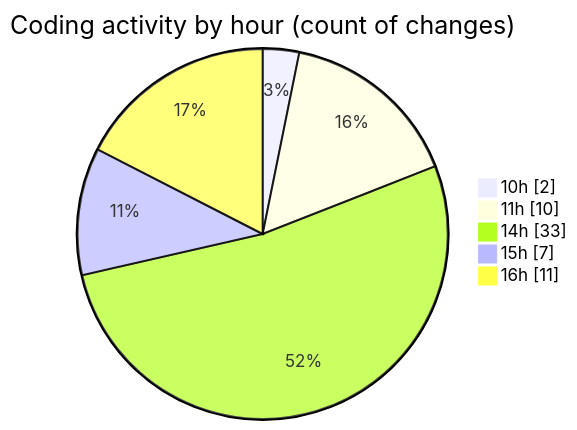
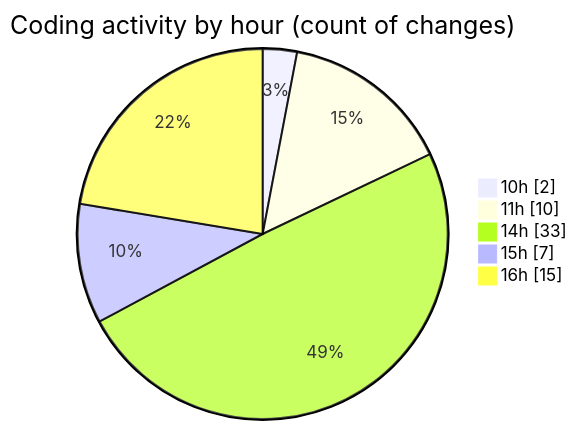
Before and after one commit to idhammustaqopulfikri/code-tracking: the second of 2 diagrams in 2025-06-02/studio-backend/README.md, drawn with Mermaid. The commit also changed other lines of this file and 1 other file, not shown here.

````diff
--- a/2025-06-02/studio-backend/README.md
+++ b/2025-06-02/studio-backend/README.md
@@ -44,9 +45,9 @@
 ```mermaid
 pie showData
 title Coding activity by hour (count of changes)
 "10h" : 2
 "11h" : 10
 "14h" : 33
 "15h" : 7
-"16h" : 11
+"16h" : 15
 ```
````
